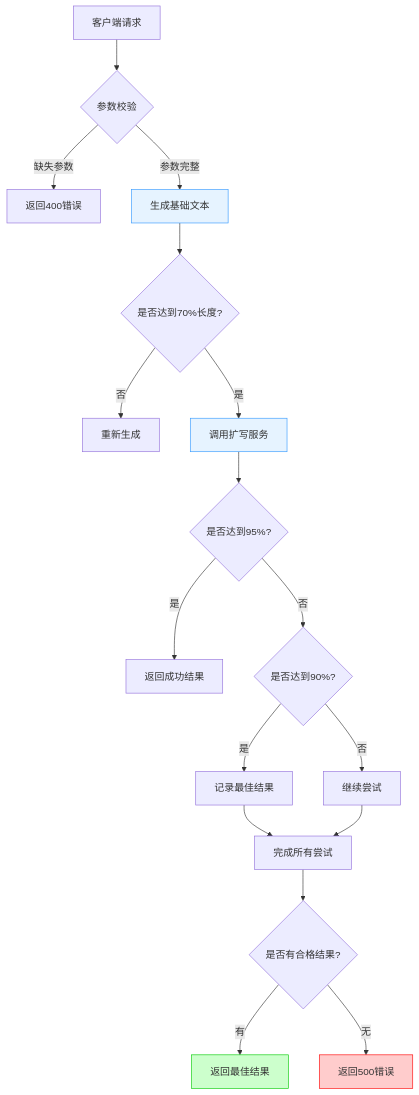
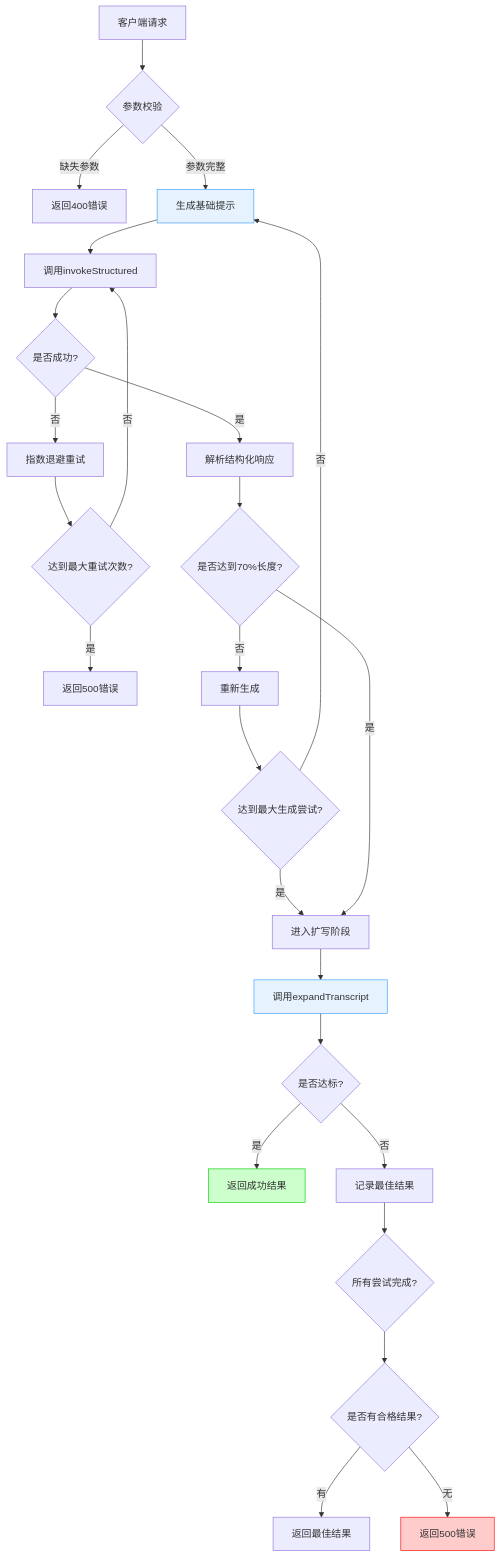
The second of 6 diagrams in .qoder/repowiki/zh/content/后端API接口/AI内容生成API/转录文本生成API.md (arthurlee116/english-listening-trainer), drawn with Mermaid before and after one commit. The commit also changed other lines of this file and 58 other files, not shown here.

````diff
--- a/.qoder/repowiki/zh/content/后端API接口/AI内容生成API/转录文本生成API.md
+++ b/.qoder/repowiki/zh/content/后端API接口/AI内容生成API/转录文本生成API.md
@@ -84,23 +90,31 @@
 ```mermaid
 graph TD
 A[客户端请求] --> B{参数校验}
 B --> |缺失参数| C[返回400错误]
-B --> |参数完整| D[生成基础文本]
-D --> E{是否达到70%长度?}
-E --> |否| F[重新生成]
-E --> |是| G[调用扩写服务]
-G --> H{是否达到95%?}
-H --> |是| I[返回成功结果]
-H --> |否| J{是否达到90%?}
-J --> |是| K[记录最佳结果]
-J --> |否| L[继续尝试]
-K --> M[完成所有尝试]
-L --> M
-M --> N{是否有合格结果?}
-N --> |有| O[返回最佳结果]
-N --> |无| P[返回500错误]
+B --> |参数完整| D[生成基础提示]
+D --> E[调用invokeStructured]
+E --> F{是否成功?}
+F --> |否| G[指数退避重试]
+G --> H{达到最大重试次数?}
+H --> |否| E
+H --> |是| I[返回500错误]
+F --> |是| J[解析结构化响应]
+J --> K{是否达到70%长度?}
+K --> |否| L[重新生成]
+L --> M{达到最大生成尝试?}
+M --> |否| D
+M --> |是| N[进入扩写阶段]
+K --> |是| N
+N --> O[调用expandTranscript]
+O --> P{是否达标?}
+P --> |是| Q[返回成功结果]
+P --> |否| R[记录最佳结果]
+R --> S{所有尝试完成?}
+S --> T{是否有合格结果?}
+T --> |有| U[返回最佳结果]
+T --> |无| V[返回500错误]
 style D fill:#e6f3ff,stroke:#3399ff
-style G fill:#e6f3ff,stroke:#3399ff
-style O fill:#ccffcc,stroke:#00cc00
-style P fill:#ffcccc,stroke:#ff0000
+style O fill:#e6f3ff,stroke:#3399ff
+style Q fill:#ccffcc,stroke:#00cc00
+style V fill:#ffcccc,stroke:#ff0000
 ```
````
